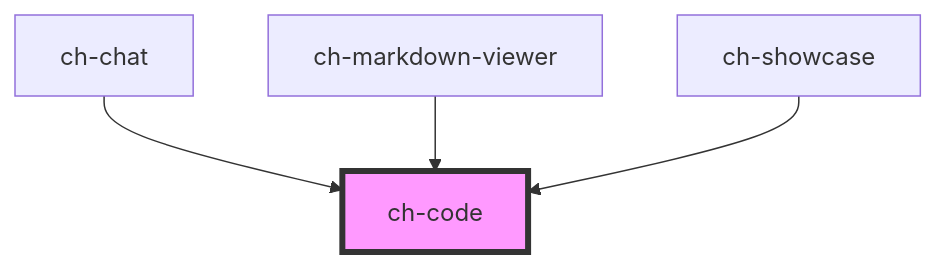
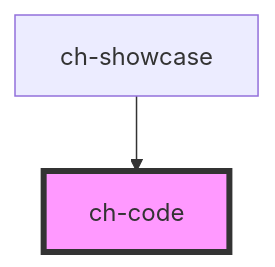
The diagram in src/components/code/readme.md (genexuslabs/chameleon-controls-library), drawn with Mermaid before and after one commit. The commit also changed other lines of this file and 4 other files, not shown here.

````diff
--- a/src/components/code/readme.md
+++ b/src/components/code/readme.md
@@ -84,7 +82,5 @@
 ```mermaid
 graph TD;
-  ch-chat --> ch-code
-  ch-markdown-viewer --> ch-code
   ch-showcase --> ch-code
   style ch-code fill:#f9f,stroke:#333,stroke-width:4px
 ```
````
